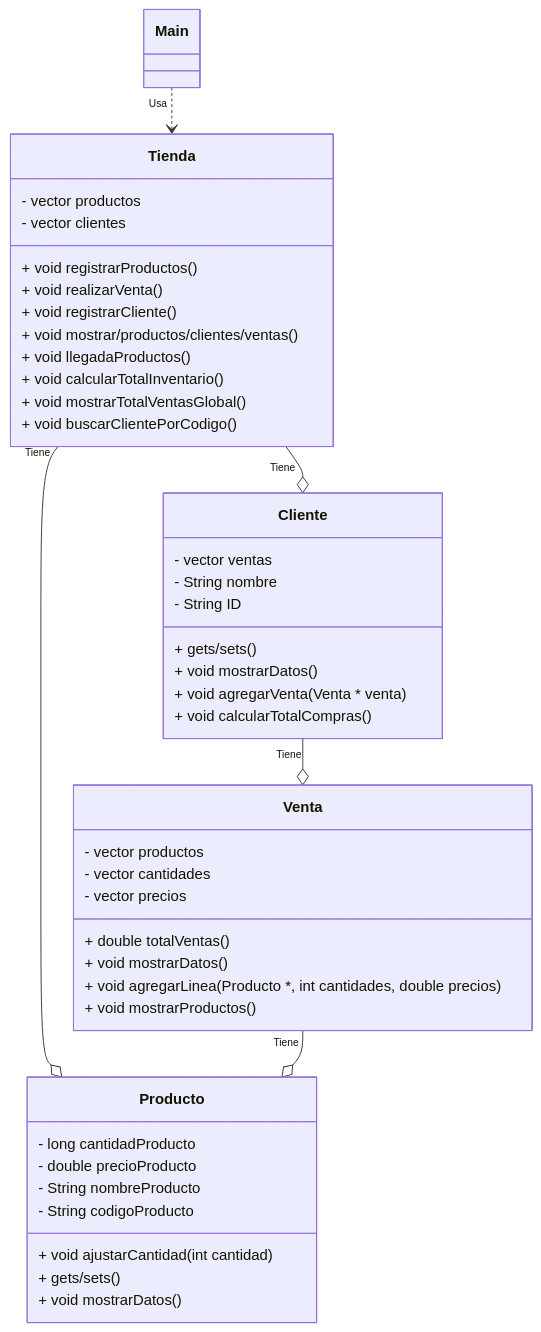
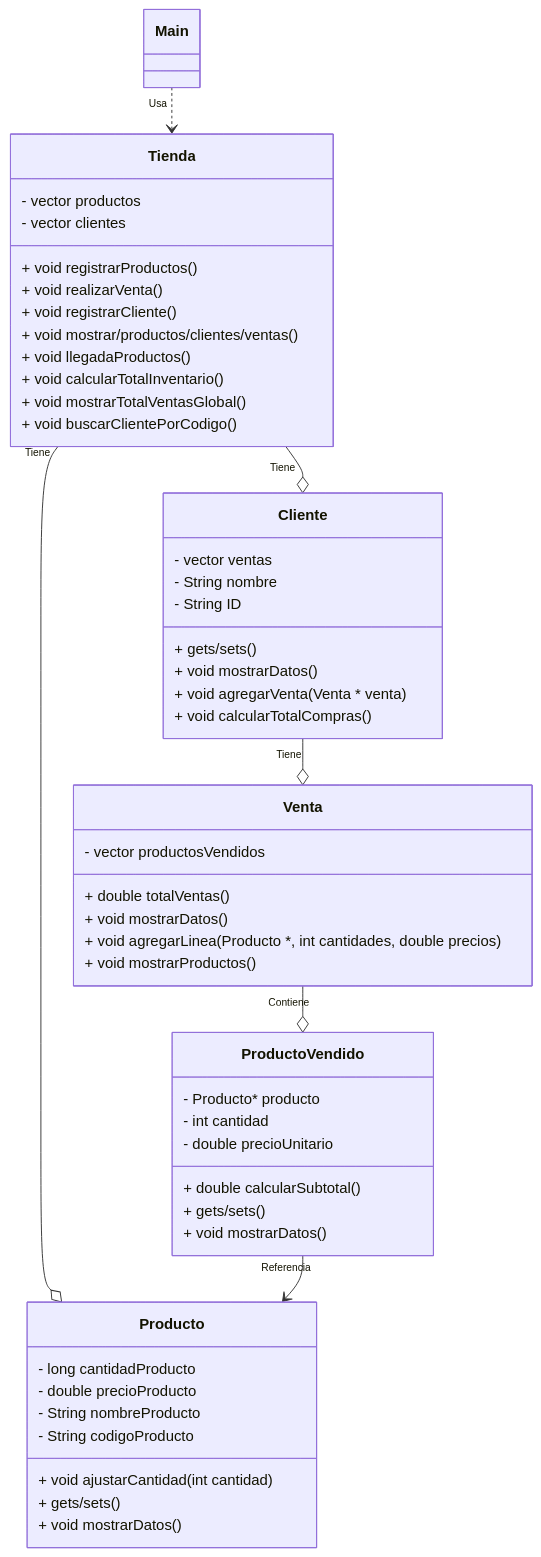
One commit to 300CIS017-Object-Oriented-Programming/7-entreg-practica-disenoypoo-felipe08121 changed the diagram in DiagramaUML.md. Above: the diagram before and after it, drawn with Mermaid. The commit also changed 5 other files, not shown here.

````diff
--- a/DiagramaUML.md
+++ b/DiagramaUML.md
@@ -1,69 +1,70 @@
 ```mermaid
 
 classDiagram
    class Tienda{
     - vector productos
     - vector clientes 
     + void registrarProductos()
     + void realizarVenta( )
     + void registrarCliente()
     + void mostrar/productos/clientes/ventas()
     + void llegadaProductos( )
     + void calcularTotalInventario()
     + void mostrarTotalVentasGlobal()
     + void buscarClientePorCodigo()
 
    }
 
     class Producto{
-        
-
-
         - long cantidadProducto
         - double precioProducto
         - String nombreProducto
         - String codigoProducto
         + void ajustarCantidad( int cantidad) 
         + gets/sets()
         + void mostrarDatos()
-        
-        
+    }
 
+    class ProductoVendido{
+        - Producto* producto
+        - int cantidad
+        - double precioUnitario
+        + double calcularSubtotal()
+        + gets/sets()
+        + void mostrarDatos()
     }
 
     class Venta {
-        - vector productos
-        - vector cantidades
-        - vector precios
+        - vector productosVendidos
        
         + double totalVentas()
         + void mostrarDatos()
         + void agregarLinea( Producto *, int cantidades, double precios)
         + void mostrarProductos()
     }
 
     class Cliente{
         - vector ventas
+        - String nombre
+        - String ID
         
         + gets/sets()
         + void mostrarDatos()
         + void agregarVenta( Venta * venta)
         + void calcularTotalCompras()
-        - String nombre
-        - String ID
 
     }
 
     class Main{
 
     }
 
      Main "Usa "..> Tienda
      
      Tienda "Tiene" --o Cliente
      Tienda "Tiene" --o Producto
      Cliente "Tiene" --o Venta
-     Venta "Tiene" --o Producto
-
+     Venta "Contiene" --o ProductoVendido
+     ProductoVendido "Referencia" --> Producto
 
 ```
````
